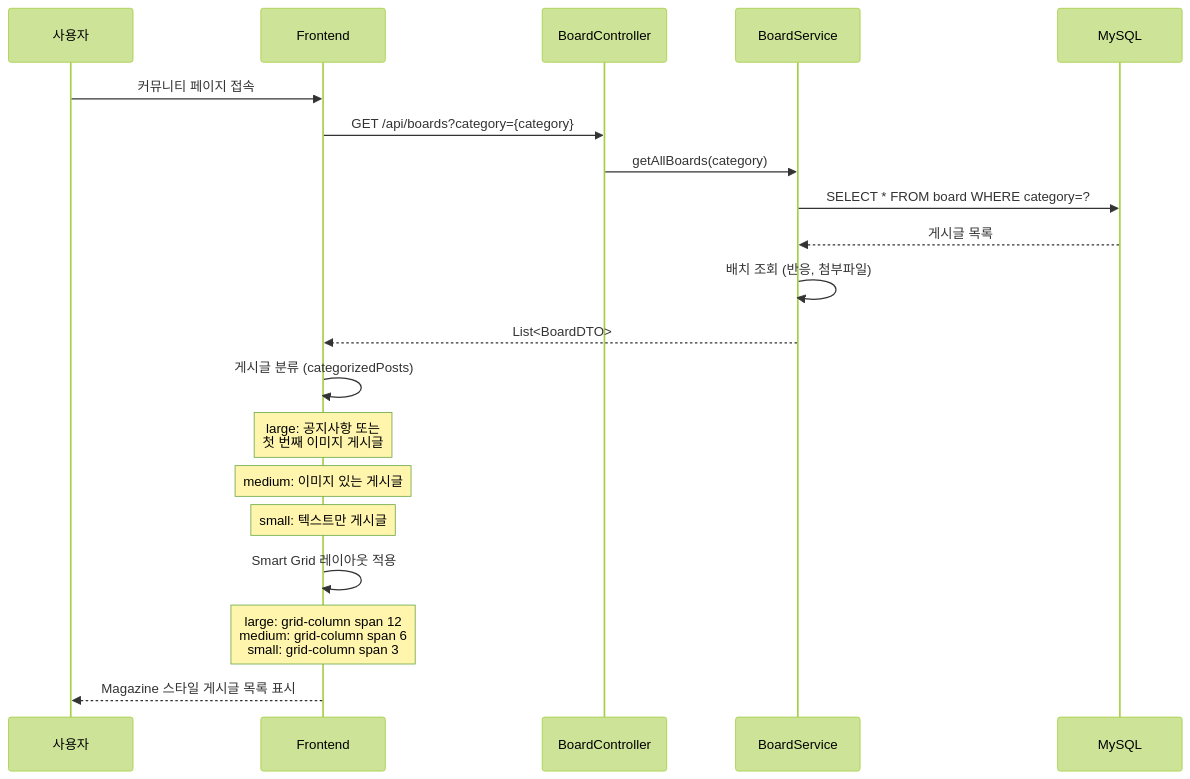
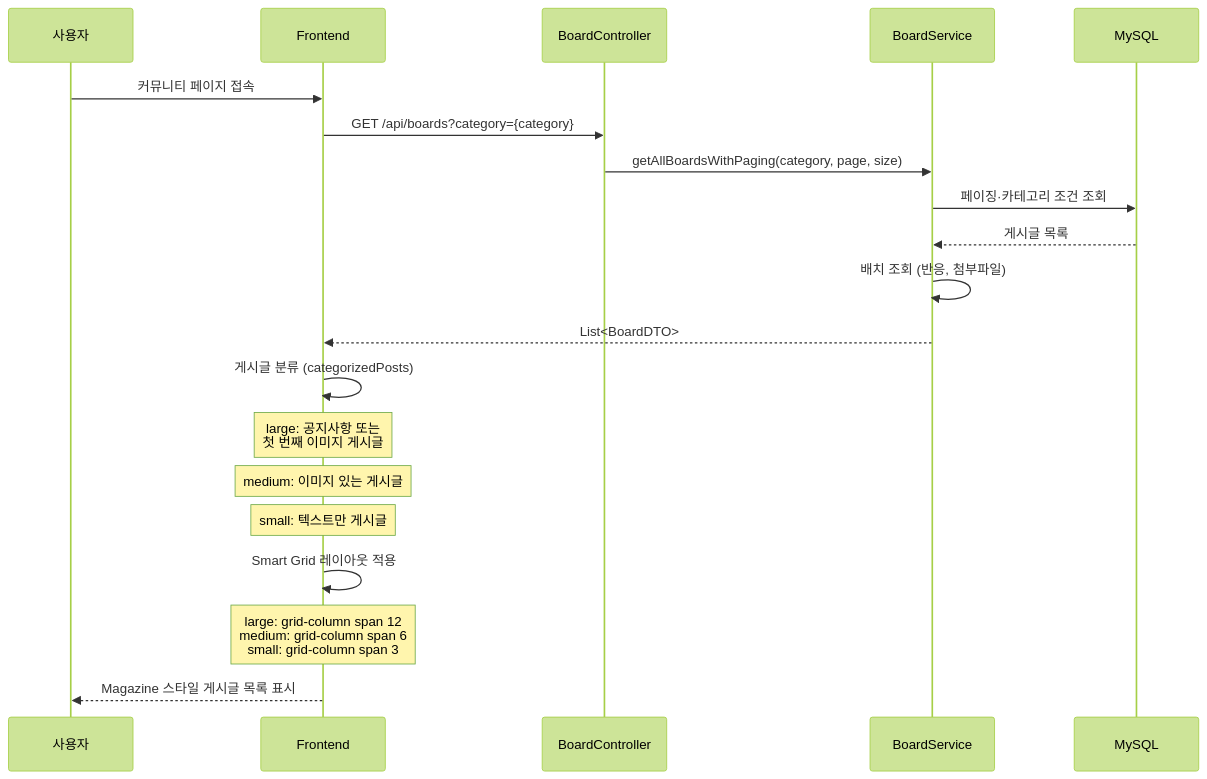
One commit to makkong1/Petory changed the third of 4 diagrams in docs/architecture/커뮤니티 & 실종 제보 아키텍처.md. Above: the diagram before and after it, drawn with Mermaid (forest theme). The commit also changed other lines of this file and 12 other files, not shown here.

Commit message:
docs(architecture): 도메인 아키텍처 문서를 최신 코드·API와 동기화

````diff
--- a/docs/architecture/커뮤니티 & 실종 제보 아키텍처.md
+++ b/docs/architecture/커뮤니티 & 실종 제보 아키텍처.md
@@ -518,29 +518,29 @@
 ```mermaid
 sequenceDiagram
     participant User as 사용자
     participant Frontend
     participant BoardController
     participant BoardService
     participant MySQL
     
     User->>Frontend: 커뮤니티 페이지 접속
     Frontend->>BoardController: GET /api/boards?category={category}
-    BoardController->>BoardService: getAllBoards(category)
+    BoardController->>BoardService: getAllBoardsWithPaging(category, page, size)
     
-    BoardService->>MySQL: SELECT * FROM board WHERE category=?
+    BoardService->>MySQL: 페이징·카테고리 조건 조회
     MySQL-->>BoardService: 게시글 목록
     
     BoardService->>BoardService: 배치 조회 (반응, 첨부파일)
     BoardService-->>Frontend: List<BoardDTO>
     
     Frontend->>Frontend: 게시글 분류 (categorizedPosts)
     
     Note over Frontend: large: 공지사항 또는<br/>첫 번째 이미지 게시글
     Note over Frontend: medium: 이미지 있는 게시글
     Note over Frontend: small: 텍스트만 게시글
     
     Frontend->>Frontend: Smart Grid 레이아웃 적용
     Note over Frontend: large: grid-column span 12<br/>medium: grid-column span 6<br/>small: grid-column span 3
     
     Frontend-->>User: Magazine 스타일 게시글 목록 표시
 ```
````
